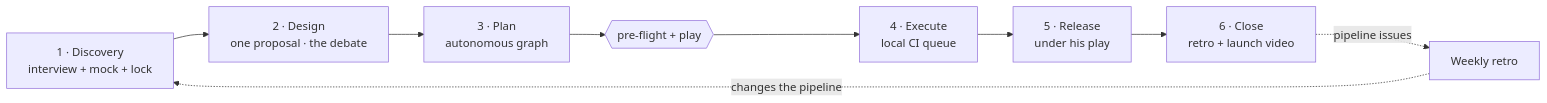
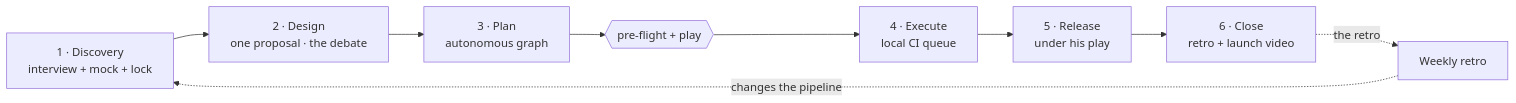
Before and after one commit to farias-77/skills: the diagram in README.md, drawn with Mermaid. The commit also changed other lines of this file and 33 other files, not shown here.

````diff
--- a/README.md
+++ b/README.md
@@ -39,11 +39,11 @@
 ```mermaid
 flowchart LR
   D1["1 · Discovery<br/>interview + mock + lock"] --> D2["2 · Design<br/>one proposal · the debate"]
   D2 --> D3["3 · Plan<br/>autonomous graph"]
   D3 --> PF{{"pre-flight + play"}}
   PF --> D4["4 · Execute<br/>local CI queue"]
   D4 --> D5["5 · Release<br/>under his play"]
   D5 --> D6["6 · Close<br/>retro + launch video"]
-  D6 -. "pipeline issues" .-> W["Weekly retro"]
+  D6 -. "the retro" .-> W["Weekly retro"]
   W -. "changes the pipeline" .-> D1
 ```
````
